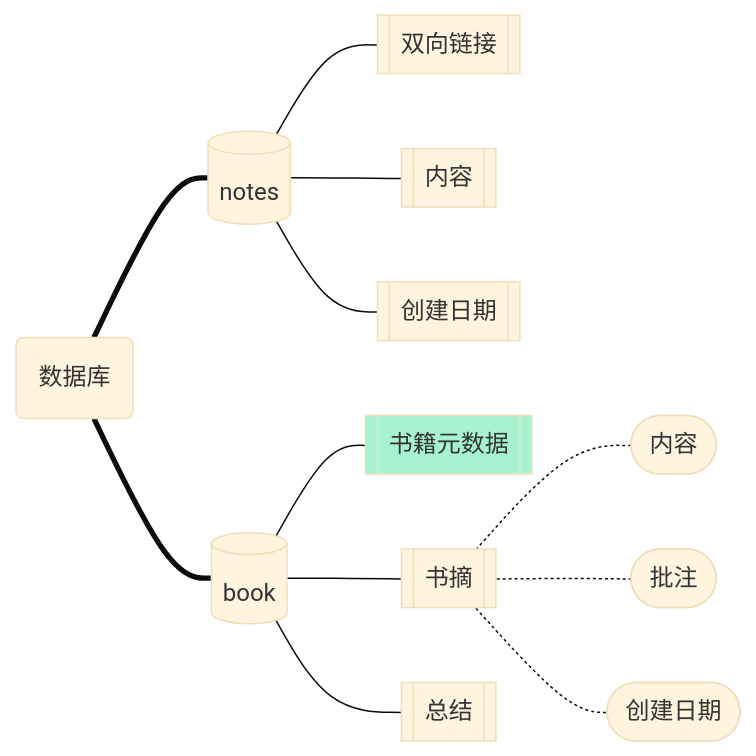
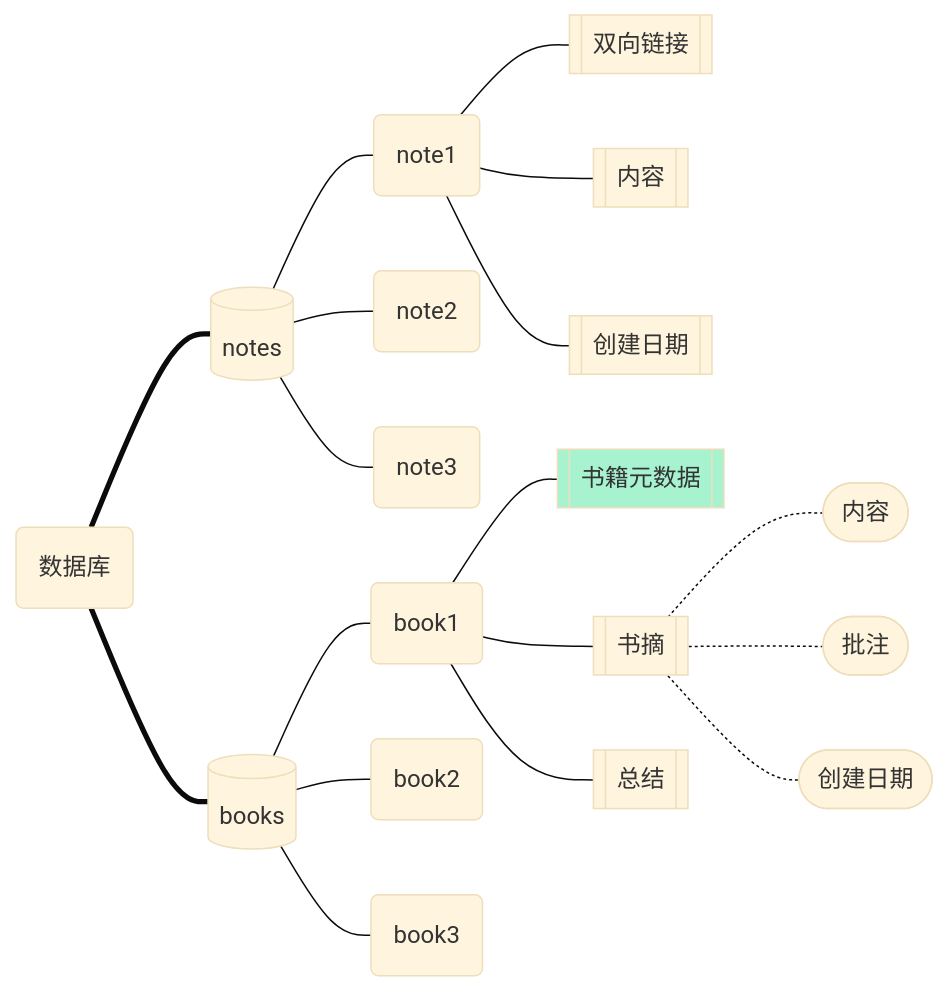
Before and after one commit to Benbinbin/BookMate: the first of 2 diagrams in Database.md, drawn with Mermaid (base theme). The commit also changed 7 other files, not shown here.

Commit message:
add schema.

````diff
--- a/Database.md
+++ b/Database.md
@@ -5,18 +5,26 @@
 ```mermaid
 graph LR
   root(数据库) === notes[(notes)]
-  root === book[(book)]
+  root === books[(books)]
+  
+  books --- book1(book1)
+  books --- book2(book2)
+  books --- book3(book3)
+  
+  notes --- note1(note1)
+  notes --- note2(note2)
+  notes --- note3(note3)
+  
+  note1 --- link[[双向链接]]
+  note1 --- noteContent[[内容]]
+  note1 --- noteCreatedDate[[创建日期]]
 
-  notes --- link[[双向链接]]
-  notes --- noteContent[[内容]]
-  notes --- noteCreatedDate[[创建日期]]
-
-  book ---  metadata[[书籍元数据]]
+  book1 ---  metadata[[书籍元数据]]
   style metadata fill: #A7F3D0
-  book ---  quote[[书摘]]
-  book ---  summary[[总结]]
+  book1 ---  quote[[书摘]]
+  book1 ---  summary[[总结]]
 
   quote -.- quoteContent([内容])
   quote -.- comment([批注])
   quote -.- quoteCreatedDate([创建日期])
 ```
````
